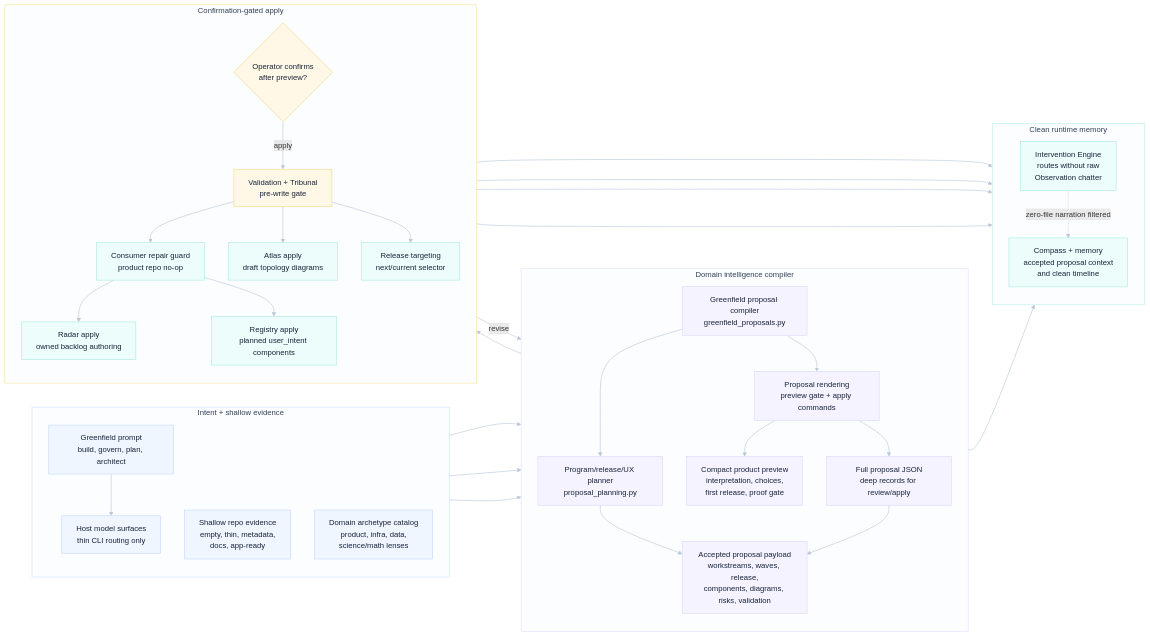
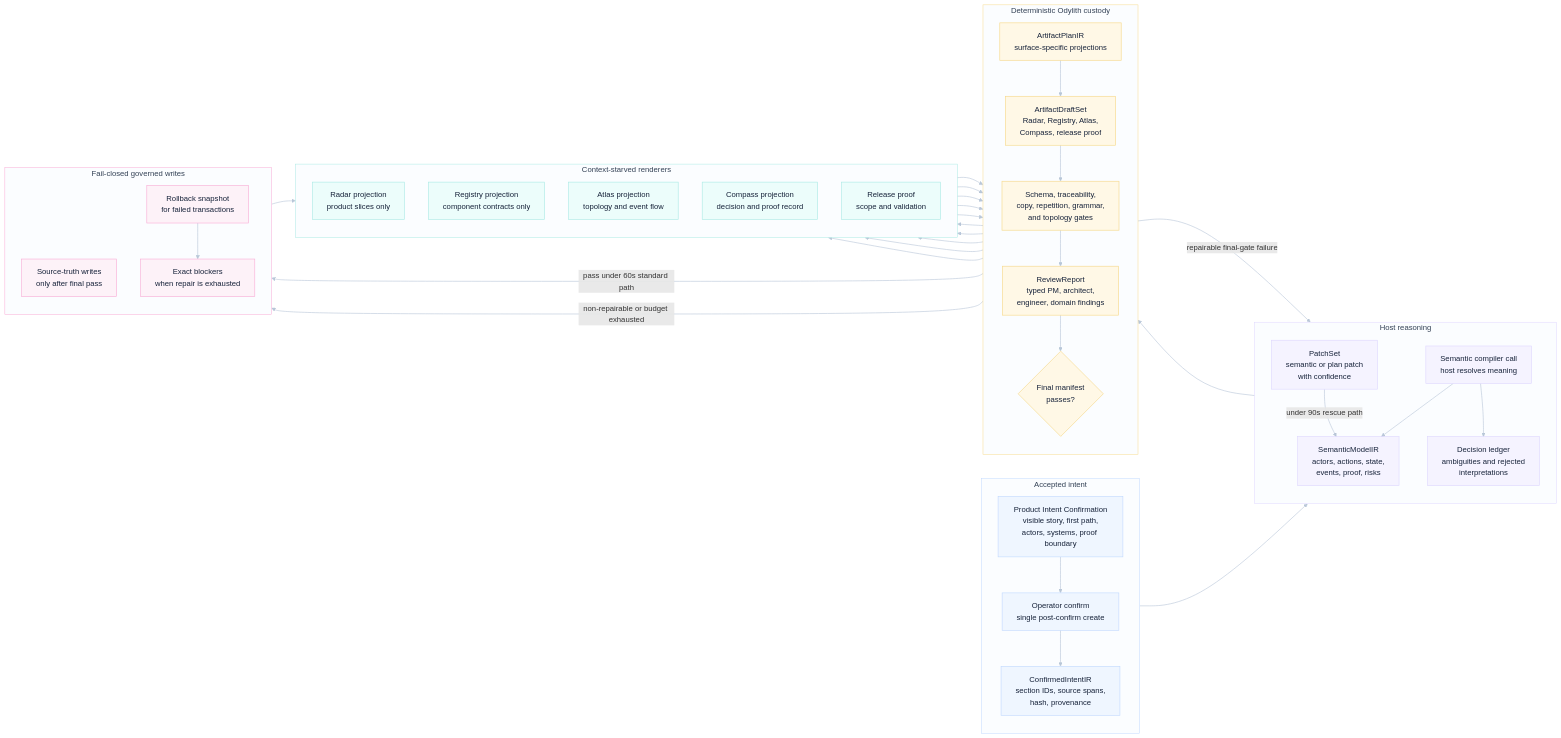
One commit to odylith/odylith changed the diagram in odylith/atlas/source/domain-intelligence-greenfield-governance.mmd. Above: the diagram before and after it, drawn with Mermaid. The commit also changed 190 other files, not shown here.

Commit message:
Harden greenfield governance learning and risk projection

```diff
--- a/odylith/atlas/source/domain-intelligence-greenfield-governance.mmd
+++ b/odylith/atlas/source/domain-intelligence-greenfield-governance.mmd
@@ -1,76 +1,79 @@
 flowchart LR
-    subgraph intent_lane["Intent + shallow evidence"]
+    subgraph confirmation_lane["Accepted intent"]
       direction TB
-      prompt["Greenfield prompt<br/>build, govern, plan, architect"]
-      host["Host model surfaces<br/>thin CLI routing only"]
-      source["Shallow repo evidence<br/>empty, thin, metadata,<br/>docs, app-ready"]
-      catalog["Domain archetype catalog<br/>product, infra, data,<br/>science/math lenses"]
+      visible_intent["Product Intent Confirmation<br/>visible story, first path,<br/>actors, systems, proof boundary"]
+      confirm["Operator confirm<br/>single post-confirm create"]
+      confirmed_ir["ConfirmedIntentIR<br/>section IDs, source spans,<br/>hash, provenance"]
     end
 
-    subgraph reasoning_lane["Domain intelligence compiler"]
+    subgraph reasoning_lane["Host reasoning"]
       direction TB
-      compiler["Greenfield proposal compiler<br/>greenfield_proposals.py"]
-      planning["Program/release/UX planner<br/>proposal_planning.py"]
-      rendering["Proposal rendering<br/>preview gate + apply commands"]
-      preview["Compact product preview<br/>interpretation, choices,<br/>first release, proof gate"]
-      fulljson["Full proposal JSON<br/>deep records for review/apply"]
-      proposal["Accepted proposal payload<br/>workstreams, waves, release,<br/>components, diagrams, risks, validation"]
+      semantic_compile["Semantic compiler call<br/>host resolves meaning"]
+      semantic_ir["SemanticModelIR<br/>actors, actions, state,<br/>events, proof, risks"]
+      decision_ledger["Decision ledger<br/>ambiguities and rejected<br/>interpretations"]
+      patchset["PatchSet<br/>semantic or plan patch<br/>with confidence"]
     end
 
-    subgraph confirmation_lane["Confirmation-gated apply"]
+    subgraph custody_lane["Deterministic Odylith custody"]
       direction TB
-      confirm{"Operator confirms<br/>after preview?"}
-      tribunal["Validation + Tribunal<br/>pre-write gate"]
-      lane_guard["Consumer repair guard<br/>product repo no-op"]
-      radar["Radar apply<br/>owned backlog authoring"]
-      registry["Registry apply<br/>planned user_intent components"]
-      atlas["Atlas apply<br/>draft topology diagrams"]
-      release["Release targeting<br/>next/current selector"]
+      plan_ir["ArtifactPlanIR<br/>surface-specific projections"]
+      draft_set["ArtifactDraftSet<br/>Radar, Registry, Atlas,<br/>Compass, release proof"]
+      validators["Schema, traceability,<br/>copy, repetition, grammar,<br/>and topology gates"]
+      review_report["ReviewReport<br/>typed PM, architect,<br/>engineer, domain findings"]
+      transaction{"Final manifest<br/>passes?"}
     end
 
-    subgraph memory_lane["Clean runtime memory"]
+    subgraph projection_lane["Context-starved renderers"]
       direction TB
-      intervention["Intervention Engine<br/>routes without raw<br/>Observation chatter"]
-      compass["Compass + memory<br/>accepted proposal context<br/>and clean timeline"]
+      radar["Radar projection<br/>product slices only"]
+      registry["Registry projection<br/>component contracts only"]
+      atlas["Atlas projection<br/>topology and event flow"]
+      compass["Compass projection<br/>decision and proof record"]
+      release["Release proof<br/>scope and validation"]
     end
 
-    prompt --> host
-    host --> compiler
-    source --> compiler
-    catalog --> compiler
-    compiler --> planning --> proposal
-    compiler --> rendering
-    rendering --> preview
-    rendering --> fulljson
-    fulljson --> proposal
-    preview --> confirm
-    proposal --> intervention
-    confirm -- "revise" --> preview
-    confirm -- "apply" --> tribunal
-    tribunal --> lane_guard
-    lane_guard --> radar
-    lane_guard --> registry
-    tribunal --> atlas
-    tribunal --> release
-    radar --> compass
-    registry --> compass
-    atlas --> compass
-    release --> compass
-    intervention -. "zero-file narration filtered" .-> compass
+    subgraph write_lane["Fail-closed governed writes"]
+      direction TB
+      writes["Source-truth writes<br/>only after final pass"]
+      rollback["Rollback snapshot<br/>for failed transactions"]
+      blockers["Exact blockers<br/>when repair is exhausted"]
+    end
 
-    classDef input fill:#EFF6FF,stroke:#BFD7FE,color:#17233A,stroke-width:1.2px;
-    classDef intelligence fill:#F5F3FF,stroke:#DDD6FE,color:#17233A,stroke-width:1.2px;
-    classDef decision fill:#FFF8E6,stroke:#F6D98B,color:#17233A,stroke-width:1.3px;
-    classDef apply fill:#ECFDFB,stroke:#A7E9E3,color:#17233A,stroke-width:1.2px;
-    classDef memory fill:#ECFDFB,stroke:#A7E9E3,color:#17233A,stroke-width:1.2px;
-    class prompt,host,source,catalog input;
-    class compiler,planning,rendering,preview,fulljson,proposal intelligence;
-    class confirm,tribunal decision;
-    class lane_guard,radar,registry,atlas,release apply;
-    class intervention,compass memory;
+    visible_intent --> confirm --> confirmed_ir
+    confirmed_ir --> semantic_compile --> semantic_ir
+    semantic_compile --> decision_ledger
+    semantic_ir --> plan_ir --> draft_set
+    plan_ir --> radar
+    plan_ir --> registry
+    plan_ir --> atlas
+    plan_ir --> compass
+    plan_ir --> release
+    radar --> draft_set
+    registry --> draft_set
+    atlas --> draft_set
+    compass --> draft_set
+    release --> draft_set
+    draft_set --> validators --> review_report --> transaction
+    transaction -- "pass under 60s standard path" --> writes
+    transaction -- "repairable final-gate failure" --> patchset
+    patchset -- "under 90s rescue path" --> semantic_ir
+    transaction -- "non-repairable or budget exhausted" --> rollback --> blockers
+    writes --> compass
 
-    style intent_lane fill:#FBFDFF,stroke:#BFD7FE,stroke-width:1px,color:#334155
+    classDef intent fill:#EFF6FF,stroke:#BFD7FE,color:#17233A,stroke-width:1.2px;
+    classDef reasoning fill:#F5F3FF,stroke:#DDD6FE,color:#17233A,stroke-width:1.2px;
+    classDef custody fill:#FFF8E6,stroke:#F6D98B,color:#17233A,stroke-width:1.3px;
+    classDef projection fill:#ECFDFB,stroke:#A7E9E3,color:#17233A,stroke-width:1.2px;
+    classDef write fill:#FDF2F8,stroke:#F9A8D4,color:#17233A,stroke-width:1.2px;
+    class visible_intent,confirm,confirmed_ir intent;
+    class semantic_compile,semantic_ir,decision_ledger,patchset reasoning;
+    class plan_ir,draft_set,validators,review_report,transaction custody;
+    class radar,registry,atlas,compass,release projection;
+    class writes,rollback,blockers write;
+
+    style confirmation_lane fill:#FBFDFF,stroke:#BFD7FE,stroke-width:1px,color:#334155
     style reasoning_lane fill:#FBFDFF,stroke:#DDD6FE,stroke-width:1px,color:#334155
-    style confirmation_lane fill:#FBFDFF,stroke:#F6D98B,stroke-width:1px,color:#334155
-    style memory_lane fill:#FBFDFF,stroke:#A7E9E3,stroke-width:1px,color:#334155
+    style custody_lane fill:#FBFDFF,stroke:#F6D98B,stroke-width:1px,color:#334155
+    style projection_lane fill:#FBFDFF,stroke:#A7E9E3,stroke-width:1px,color:#334155
+    style write_lane fill:#FBFDFF,stroke:#F9A8D4,stroke-width:1px,color:#334155
     linkStyle default stroke:#B9C7D8,stroke-width:1.25px
```
